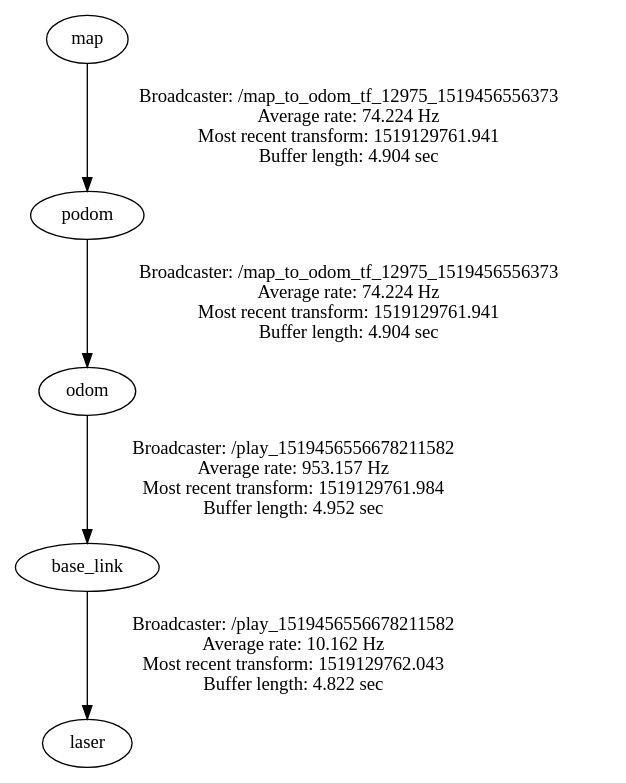
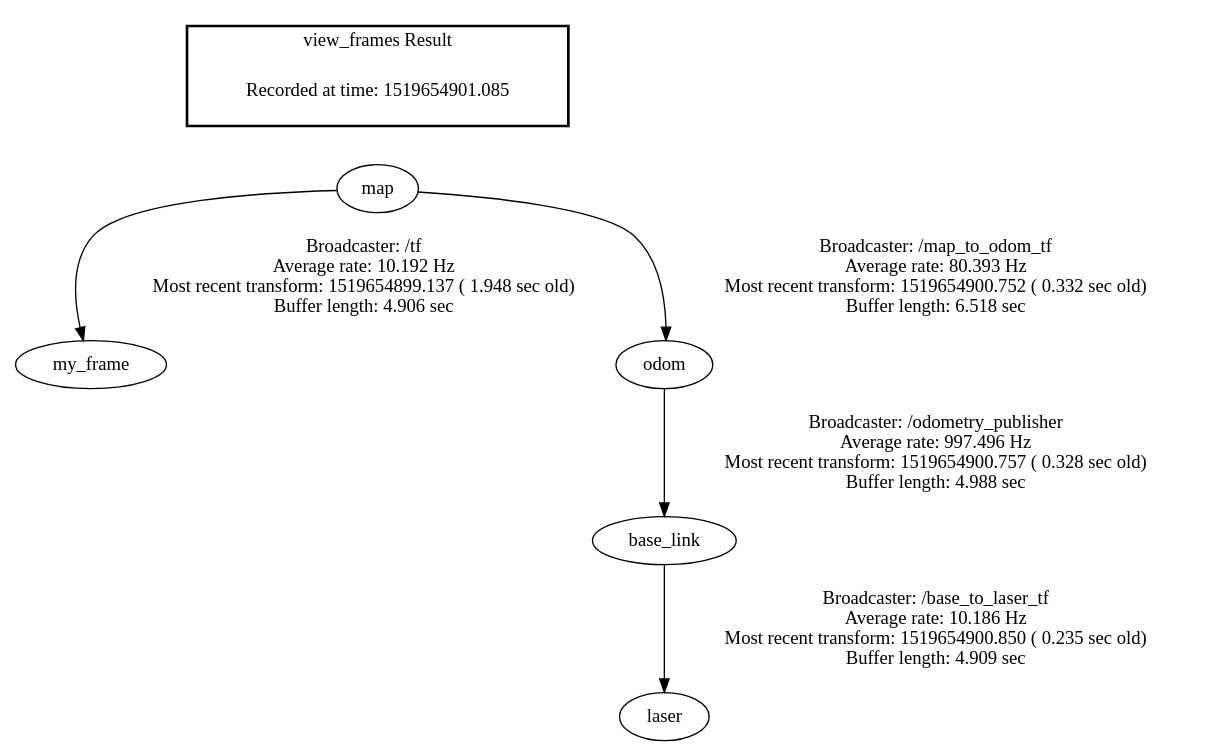
The diagram in src/frames.gv (godicked/catkin_ws), drawn with Graphviz before and after one commit. The commit also changed 43 other files, not shown here.

```diff
--- a/src/frames.gv
+++ b/src/frames.gv
@@ -1,6 +1,10 @@
 digraph G {
-"odom" -> "base_link"[label="Broadcaster: /play_1519456556678211582\nAverage rate: 953.157 Hz\nMost recent transform: 1519129761.984 \nBuffer length: 4.952 sec\n"];
-"podom" -> "odom"[label="Broadcaster: /map_to_odom_tf_12975_1519456556373\nAverage rate: 74.224 Hz\nMost recent transform: 1519129761.941 \nBuffer length: 4.904 sec\n"];
-"map" -> "podom"[label="Broadcaster: /map_to_odom_tf_12975_1519456556373\nAverage rate: 74.224 Hz\nMost recent transform: 1519129761.941 \nBuffer length: 4.904 sec\n"];
-"base_link" -> "laser"[label="Broadcaster: /play_1519456556678211582\nAverage rate: 10.162 Hz\nMost recent transform: 1519129762.043 \nBuffer length: 4.822 sec\n"];
+"map" -> "my_frame"[label="Broadcaster: /tf\nAverage rate: 10.192 Hz\nMost recent transform: 1519654899.137 ( 1.948 sec old)\nBuffer length: 4.906 sec\n"];
+"map" -> "odom"[label="Broadcaster: /map_to_odom_tf\nAverage rate: 80.393 Hz\nMost recent transform: 1519654900.752 ( 0.332 sec old)\nBuffer length: 6.518 sec\n"];
+"odom" -> "base_link"[label="Broadcaster: /odometry_publisher\nAverage rate: 997.496 Hz\nMost recent transform: 1519654900.757 ( 0.328 sec old)\nBuffer length: 4.988 sec\n"];
+"base_link" -> "laser"[label="Broadcaster: /base_to_laser_tf\nAverage rate: 10.186 Hz\nMost recent transform: 1519654900.850 ( 0.235 sec old)\nBuffer length: 4.909 sec\n"];
+edge [style=invis];
+ subgraph cluster_legend { style=bold; color=black; label ="view_frames Result";
+"Recorded at time: 1519654901.085"[ shape=plaintext ] ;
+ }->"map";
 }
```
